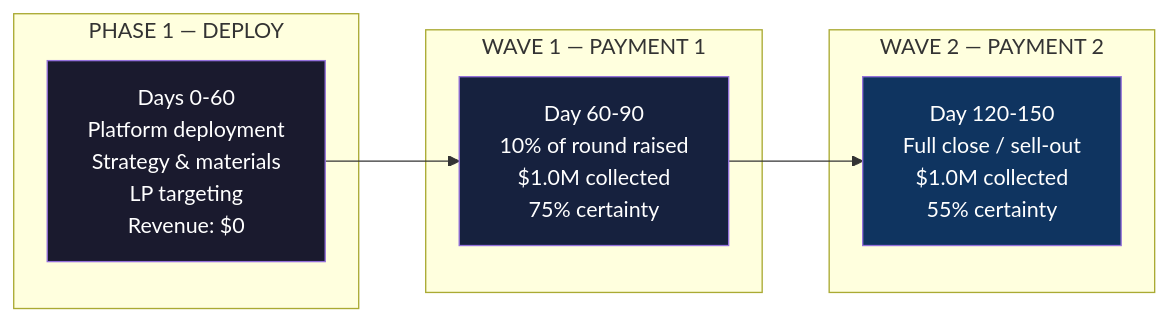
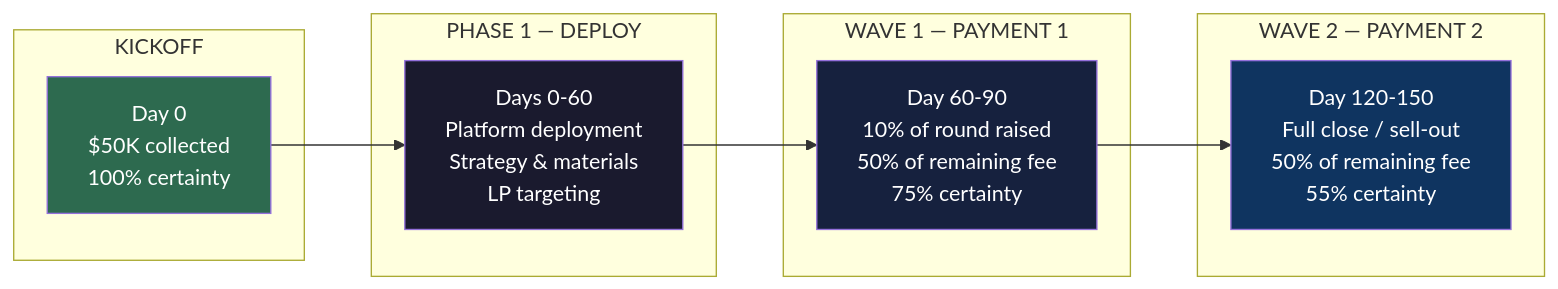
The second of 4 diagrams in _bmad-output/investos-strategic-model-2026-03-05.md (Light-Brands/qie), drawn with Mermaid before and after one commit. The commit also changed other lines of this file and 3 other files, not shown here.

````diff
--- a/_bmad-output/investos-strategic-model-2026-03-05.md
+++ b/_bmad-output/investos-strategic-model-2026-03-05.md
@@ -149,20 +200,25 @@
 ```mermaid
 graph LR
+    subgraph "KICKOFF"
+        K["Day 0<br/>$50K collected<br/>100% certainty"]
+    end
+
     subgraph "PHASE 1 — DEPLOY"
-        D["Days 0-60<br/>Platform deployment<br/>Strategy & materials<br/>LP targeting<br/>Revenue: $0"]
+        D["Days 0-60<br/>Platform deployment<br/>Strategy & materials<br/>LP targeting"]
     end
 
     subgraph "WAVE 1 — PAYMENT 1"
-        W1["Day 60-90<br/>10% of round raised<br/>$1.0M collected<br/>75% certainty"]
+        W1["Day 60-90<br/>10% of round raised<br/>50% of remaining fee<br/>75% certainty"]
     end
 
     subgraph "WAVE 2 — PAYMENT 2"
-        W2["Day 120-150<br/>Full close / sell-out<br/>$1.0M collected<br/>55% certainty"]
+        W2["Day 120-150<br/>Full close / sell-out<br/>50% of remaining fee<br/>55% certainty"]
     end
 
-    D --> W1 --> W2
+    K --> D --> W1 --> W2
 
+    style K fill:#2d6a4f,color:#fff
     style D fill:#1a1a2e,color:#fff
     style W1 fill:#16213e,color:#fff
     style W2 fill:#0f3460,color:#fff
 ```
````
